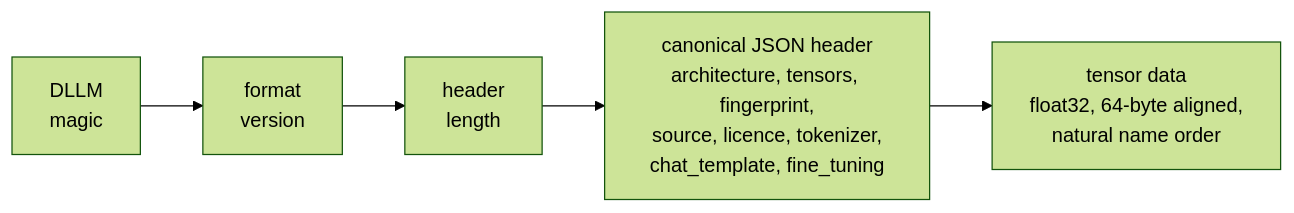
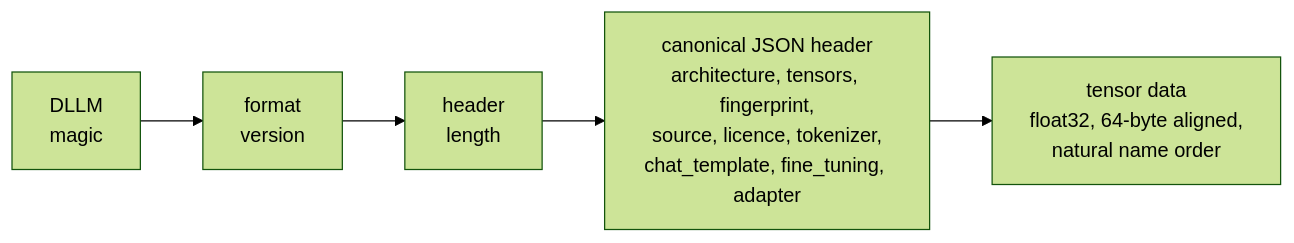
The third of 4 diagrams in docs/architecture/models.md (vrenken/etalii.dllm), drawn with Mermaid (forest theme) before and after one commit. The commit also changed other lines of this file and 4 other files, not shown here.

First line of the commit message:
Architecture docs: Qwen3 and LoRA

````diff
--- a/docs/architecture/models.md
+++ b/docs/architecture/models.md
@@ -91,4 +111,4 @@
 ```mermaid
 flowchart LR
-    magic["DLLM<br/>magic"] --> ver["format<br/>version"] --> len["header<br/>length"] --> header["canonical JSON header<br/>architecture, tensors, fingerprint,<br/>source, licence, tokenizer,<br/>chat_template, fine_tuning"] --> data["tensor data<br/>float32, 64-byte aligned,<br/>natural name order"]
+    magic["DLLM<br/>magic"] --> ver["format<br/>version"] --> len["header<br/>length"] --> header["canonical JSON header<br/>architecture, tensors, fingerprint,<br/>source, licence, tokenizer,<br/>chat_template, fine_tuning, adapter"] --> data["tensor data<br/>float32, 64-byte aligned,<br/>natural name order"]
 ```
````
